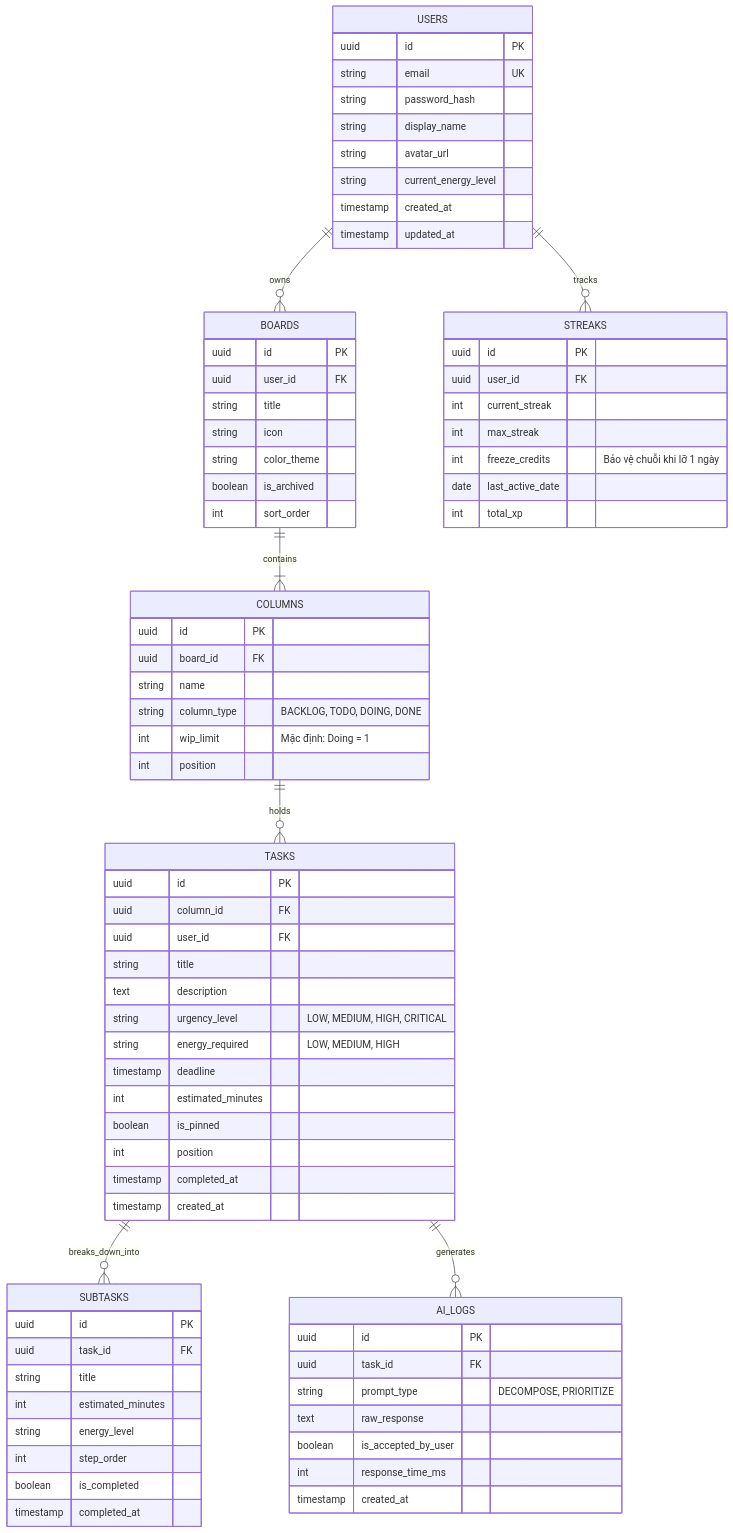
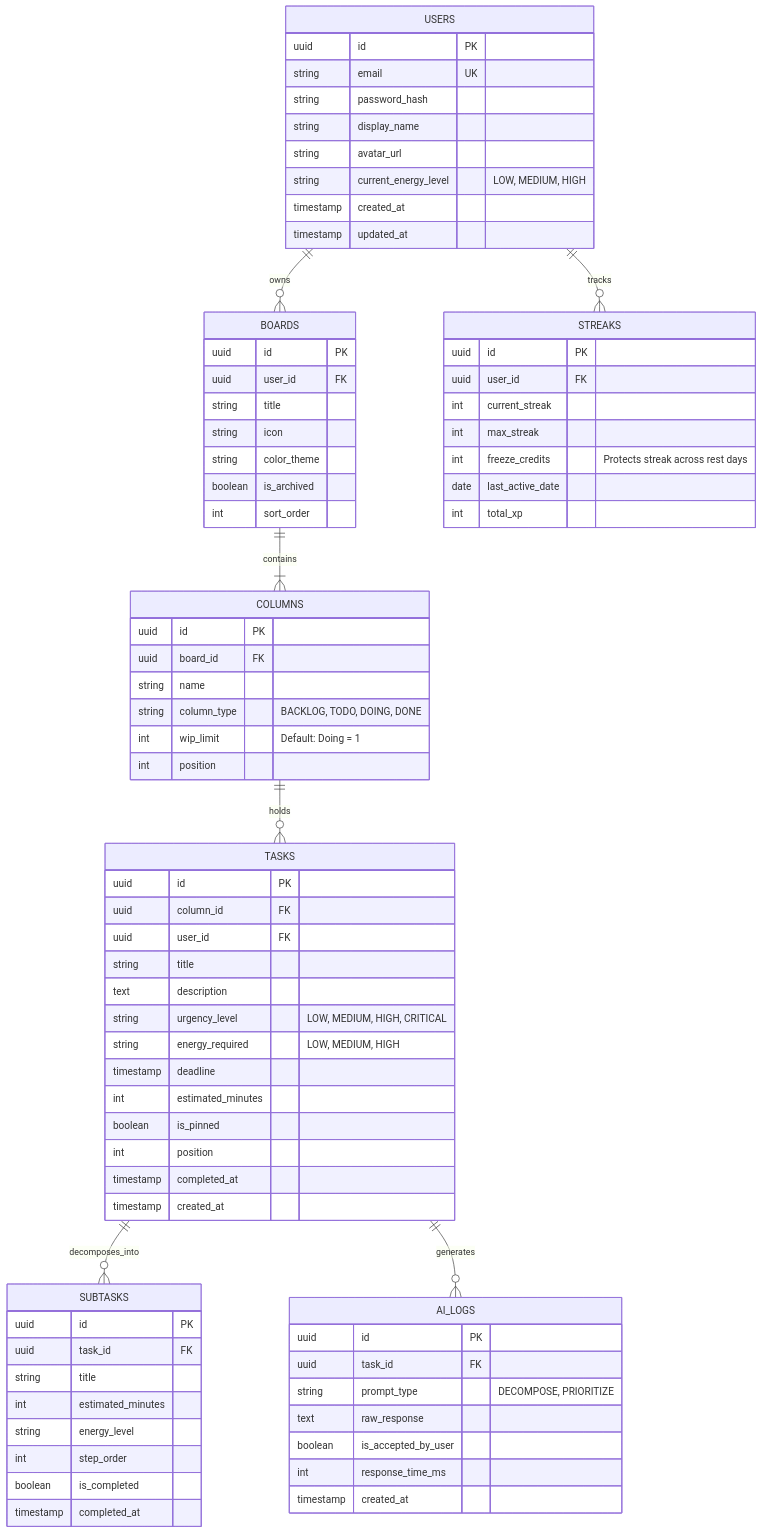
One commit to imkhari/Orbit changed the second of 2 diagrams in docs/04_SYSTEM_ARCHITECTURE.md. Above: the diagram before and after it, drawn with Mermaid. The commit also changed other lines of this file and 4 other files, not shown here.

```diff
--- a/docs/04_SYSTEM_ARCHITECTURE.md
+++ b/docs/04_SYSTEM_ARCHITECTURE.md
@@ -97,7 +95,7 @@
     USERS ||--o{ STREAKS : tracks
     BOARDS ||--|{ COLUMNS : contains
     COLUMNS ||--o{ TASKS : holds
-    TASKS ||--o{ SUBTASKS : breaks_down_into
+    TASKS ||--o{ SUBTASKS : decomposes_into
     TASKS ||--o{ AI_LOGS : generates
 
     USERS {
@@ -106,7 +104,7 @@
         string password_hash
         string display_name
         string avatar_url
-        string current_energy_level
+        string current_energy_level "LOW, MEDIUM, HIGH"
         timestamp created_at
         timestamp updated_at
     }
@@ -126,7 +124,7 @@
         uuid board_id FK
         string name
         string column_type "BACKLOG, TODO, DOING, DONE"
-        int wip_limit "Mặc định: Doing = 1"
+        int wip_limit "Default: Doing = 1"
         int position
     }
 
@@ -162,7 +160,7 @@
         uuid user_id FK
         int current_streak
         int max_streak
-        int freeze_credits "Bảo vệ chuỗi khi lỡ 1 ngày"
+        int freeze_credits "Protects streak across rest days"
         date last_active_date
         int total_xp
     }
```
